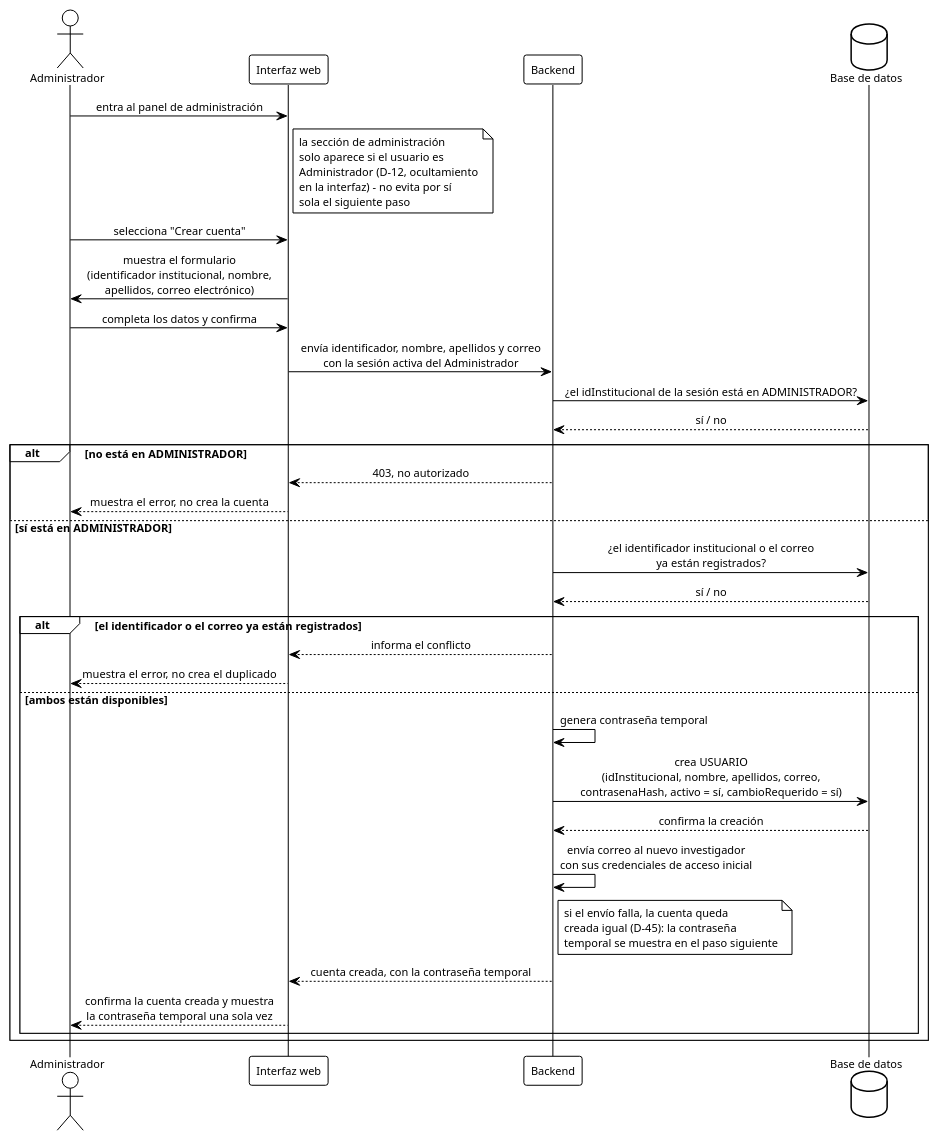
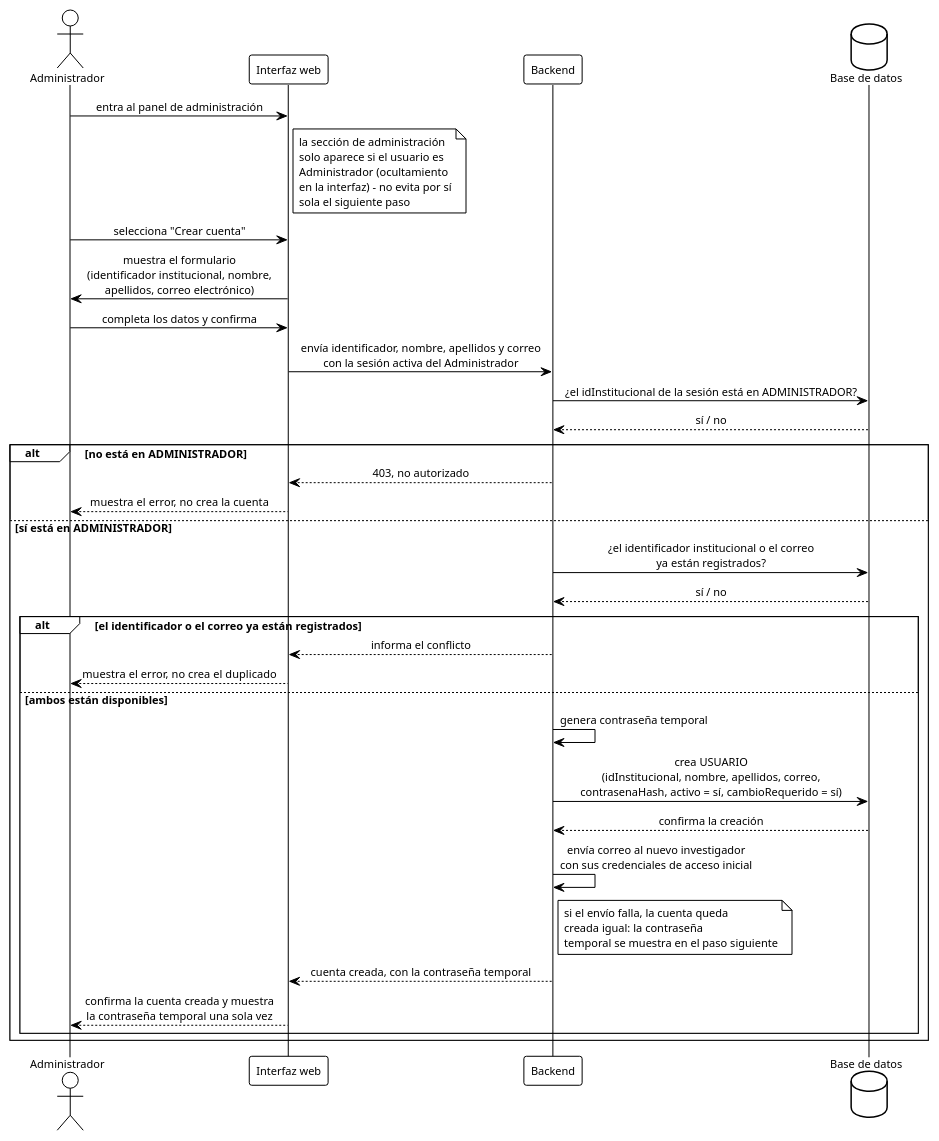
Before and after one commit to ErickJester/fst-ai-system-latex: the diagram in diagramas/seq_crear_cuenta.puml, drawn with PlantUML. The commit also changed 12 other files, not shown here.

```diff
--- a/diagramas/seq_crear_cuenta.puml
+++ b/diagramas/seq_crear_cuenta.puml
@@ -1,97 +1,97 @@
 @startuml seq_crear_cuenta
 ' ================================================================
 '  Secuencia - Crear cuenta de usuario (CU-12), con verificacion
 '  de rol (D-12) y contraseña temporal obligatoria (D-25)
 '  Base de datos FST | TT 2026-B066 | ESCOM-IPN
 '  Frausto Robles Angel Ali . Rodriguez Verdin Sandoval Vanesa
 ' ----------------------------------------------------------------
 '  Reemplaza a diagramas/seq_registro.png. Ese diagrama viejo no
 '  tenia ningun paso de verificacion de rol -- confiaba en que el
 '  frontend escondiera el boton de "Crear cuenta". D-12 (13-sep)
 '  exige las dos cosas: esconder EN LA INTERFAZ y ademas verificar
 '  el rol EN EL BACKEND antes de ejecutar la accion, sin importar
 '  por donde llegue la peticion.
 '
 '  Cubre CU-12 "Crear cuenta de usuario" (RF-05, RF-07).
 '
 '  Cambios deliberados contra CU-12 tal como esta escrito hoy en
 '  chapters/05_diseno.tex:1739 (no se toca ese .tex en esta sesion,
 '  solo se deja registrado aqui por que el diagrama no lo sigue):
 '    - El paso 2 de CU-12 dice que el formulario pide un campo
 '      "rol". Eso ya no es correcto contra D-08: USUARIO no tiene
 '      columna rol, y ADMINISTRADOR es una tabla aparte que no se
 '      crea desde este caso de uso. Este diagrama omite ese campo.
 '    - Se agrega el paso de verificacion de rol que CU-12 no
 '      describe (el hueco que marcaba COMPARATIVA-FIGURAS-CAP5.md
 '      para esta figura).
 '
 '  D-38 (3-oct, corregido 4-oct): el formulario pide identificador
 '  institucional, nombre, apellidos y correo; el backend rechaza el
 '  alta si el identificador o el correo ya existen. La contraseña
 '  temporal la genera el sistema (no la escribe el Administrador),
 '  igual que en CU-12 y en el mockup v2 de administracion.
 '
 '  D-25 (15-sep): la cuenta se crea con cambioRequerido = true, asi
 '  el login (fuera de este diagrama) sabe que debe forzar el
 '  cambio de contraseña en el primer ingreso.
 '
 '  Generar:
 '      java -jar plantuml.jar -tpng diagramas/seq_crear_cuenta.puml
 ' ================================================================
 
 !theme plain
 skinparam defaultFontName Arial
 skinparam defaultFontSize 11
 skinparam shadowing false
 skinparam sequenceMessageAlign center
 skinparam BoxPadding 10
 
 actor Administrador as admin
 participant "Interfaz web" as ui
 participant Backend as api
 database "Base de datos" as db
 
 admin -> ui: entra al panel de administración
 note right of ui
   la sección de administración
   solo aparece si el usuario es
-  Administrador (D-12, ocultamiento
+  Administrador (ocultamiento
   en la interfaz) - no evita por sí
   sola el siguiente paso
 end note
 
 admin -> ui: selecciona "Crear cuenta"
 ui -> admin: muestra el formulario\n(identificador institucional, nombre,\napellidos, correo electrónico)
 
 admin -> ui: completa los datos y confirma
 ui -> api: envía identificador, nombre, apellidos y correo\ncon la sesión activa del Administrador
 
 api -> db: ¿el idInstitucional de la sesión está en ADMINISTRADOR?
 db --> api: sí / no
 
 alt no está en ADMINISTRADOR
   api --> ui: 403, no autorizado
   ui --> admin: muestra el error, no crea la cuenta
 else sí está en ADMINISTRADOR
   api -> db: ¿el identificador institucional o el correo\nya están registrados?
   db --> api: sí / no
 
   alt el identificador o el correo ya están registrados
     api --> ui: informa el conflicto
     ui --> admin: muestra el error, no crea el duplicado
   else ambos están disponibles
     api -> api: genera contraseña temporal
     api -> db: crea USUARIO\n(idInstitucional, nombre, apellidos, correo,\ncontrasenaHash, activo = sí, cambioRequerido = sí)
     db --> api: confirma la creación
     api -> api: envía correo al nuevo investigador\ncon sus credenciales de acceso inicial
     note right of api
       si el envío falla, la cuenta queda
-      creada igual (D-45): la contraseña
+      creada igual: la contraseña
       temporal se muestra en el paso siguiente
     end note
     api --> ui: cuenta creada, con la contraseña temporal
     ui --> admin: confirma la cuenta creada y muestra\nla contraseña temporal una sola vez
   end
 end
 
 @enduml
```
